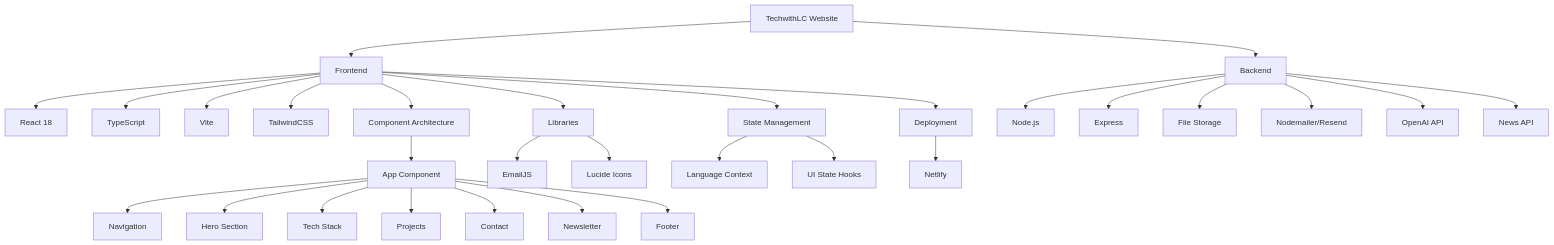
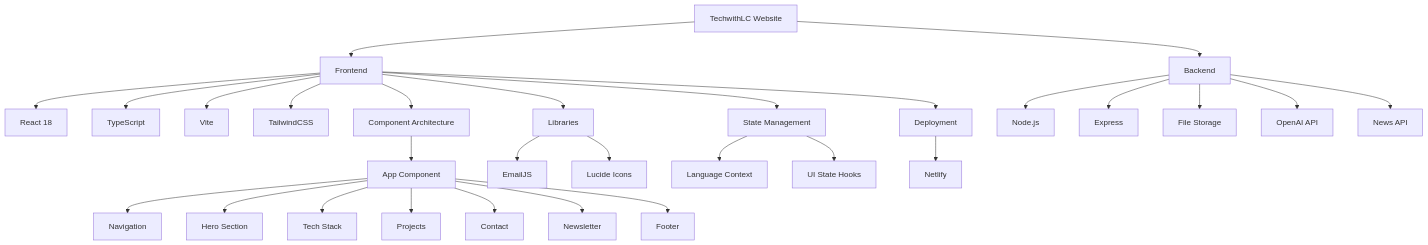
The diagram in README.md (techwithlc/mywebsite), drawn with Mermaid before and after one commit. The commit also changed other lines of this file and 7 other files, not shown here.

````diff
--- a/README.md
+++ b/README.md
@@ -20,37 +19,36 @@
 ```mermaid
 flowchart TD
     A[TechwithLC Website] --> B[Frontend]
     B --> C[React 18]
     B --> D[TypeScript]
     B --> E[Vite]
     B --> F[TailwindCSS]
     
     B --> G[Component Architecture]
     G --> G1[App Component]
     G1 --> G2[Navigation]
     G1 --> G3[Hero Section]
     G1 --> G4[Tech Stack]
     G1 --> G5[Projects]
     G1 --> G6[Contact]
     G1 --> G7[Newsletter]
     G1 --> G8[Footer]
     
     B --> H[Libraries]
     H --> H1[EmailJS]
     H --> H2[Lucide Icons]
     
     B --> I[State Management]
     I --> I1[Language Context]
     I --> I2[UI State Hooks]
     
     B --> J[Deployment]
     J --> J1[Netlify]
     
     A --> K[Backend]
     K --> K1[Node.js]
     K --> K2[Express]
     K --> K3[File Storage]
-    K --> K4[Nodemailer/Resend]
-    K --> K5[OpenAI API]
-    K --> K6[News API]
+    K --> K4[OpenAI API]
+    K --> K5[News API]
 ```
````
